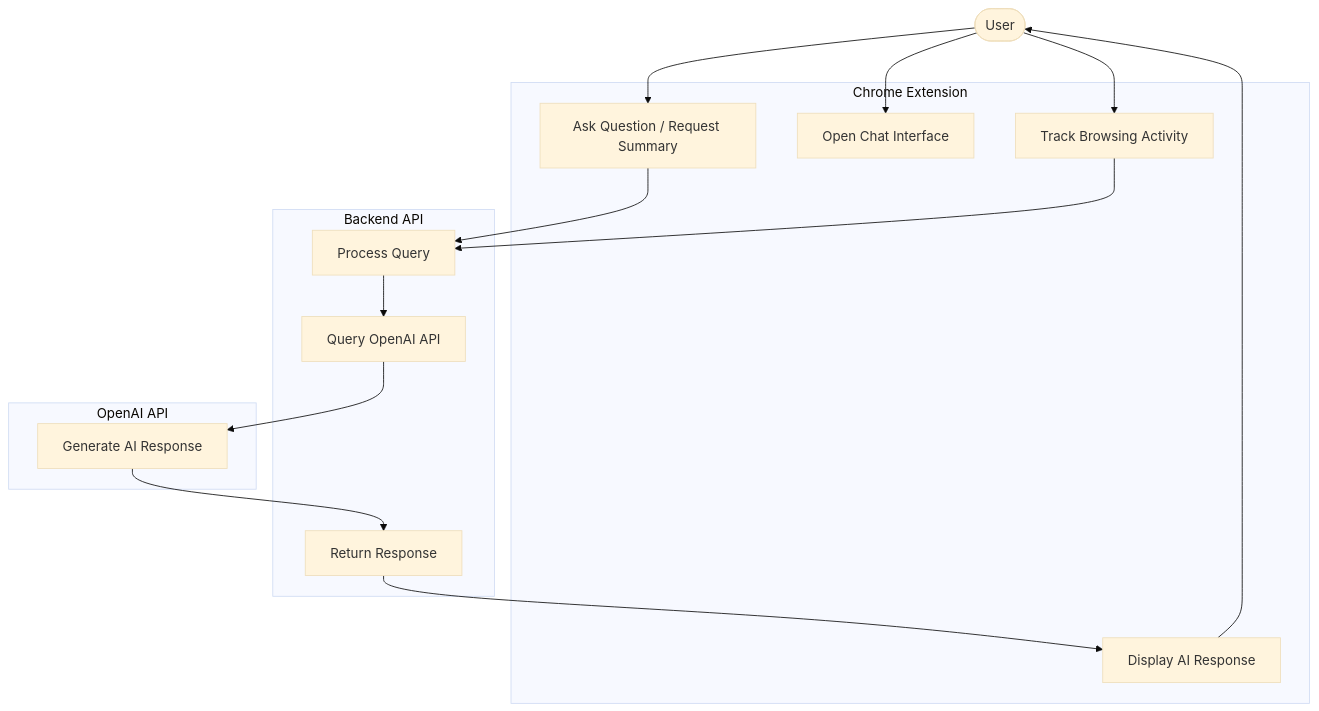
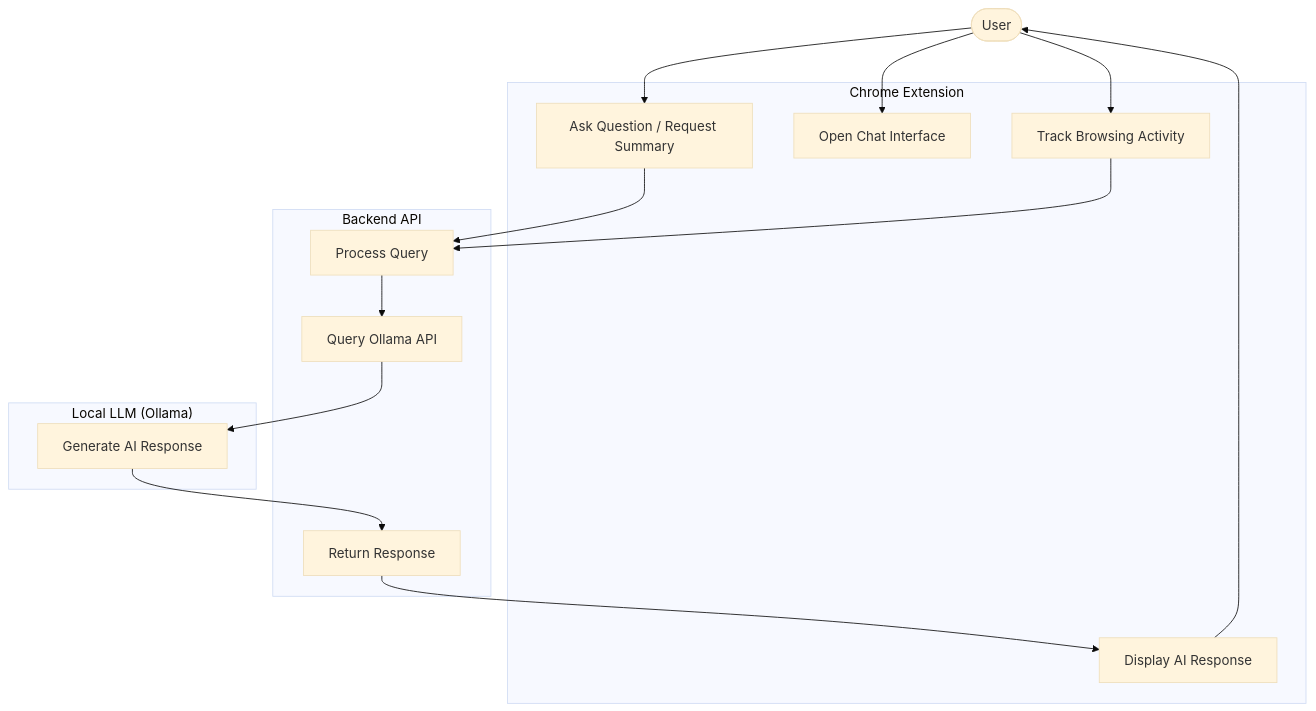
Before and after one commit to markmcsherry/LocalLearnBot: the diagram in docs/dev/main.md, drawn with Mermaid (base theme). The commit also changed 4 other files, not shown here.

````diff
--- a/docs/dev/main.md
+++ b/docs/dev/main.md
@@ -4,32 +4,32 @@
 ```mermaid
 graph TD
     User([User])
     subgraph Chrome_Extension ["Chrome Extension"]
         CE1["Track Browsing Activity"]
         CE2["Open Chat Interface"]
         CE3["Ask Question / Request Summary"]
         CE4["Display AI Response"]
     end
 
     subgraph Backend_API ["Backend API"]
         BE1["Process Query"]
-        BE2["Query OpenAI API"]
+        BE2["Query Ollama API"]
         BE3["Return Response"]
     end
 
-    subgraph OpenAI_API ["OpenAI API"]
+    subgraph Ollama ["Local LLM (Ollama)"]
         OA1["Generate AI Response"]
     end
 
     User --> CE1
     User --> CE2
     User --> CE3
     CE4 --> User
 
     CE3 --> BE1
     CE1 --> BE1
     BE1 --> BE2
     BE2 --> OA1
     OA1 --> BE3
     BE3 --> CE4
 ```
````
